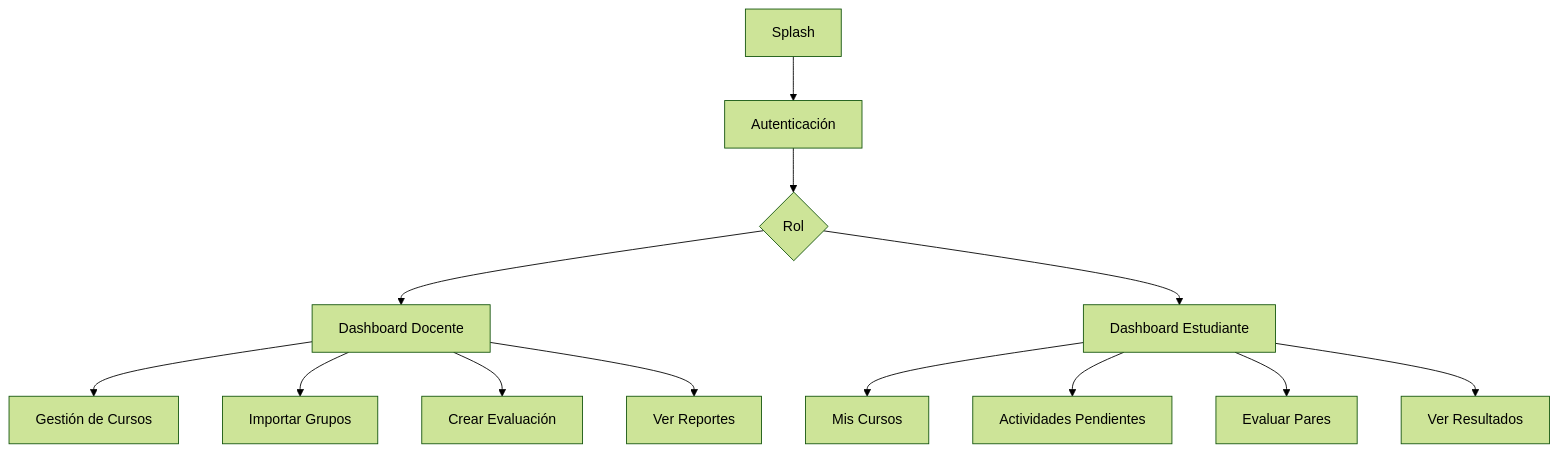
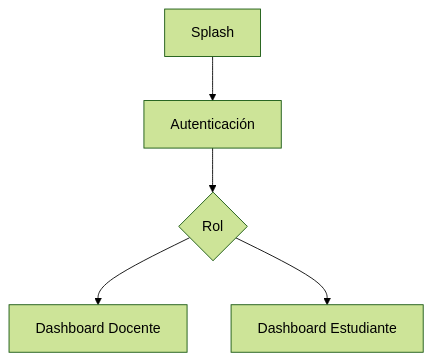
The third of 4 diagrams in samuel/README.md (MatizS27/mobile-app-project), drawn with Mermaid (forest theme) before and after one commit. The commit also changed other lines of this file, not shown here.

````diff
--- a/samuel/README.md
+++ b/samuel/README.md
@@ -173,18 +159,7 @@
 ```mermaid
 flowchart TD
 A[Splash] --> B[Autenticación]
-
 B --> C{Rol}
 C --> D[Dashboard Docente]
 C --> E[Dashboard Estudiante]
-
-D --> D1[Gestión de Cursos]
-D --> D2[Importar Grupos]
-D --> D3[Crear Evaluación]
-D --> D4[Ver Reportes]
-
-E --> E1[Mis Cursos]
-E --> E2[Actividades Pendientes]
-E --> E3[Evaluar Pares]
-E --> E4[Ver Resultados]
 ```
````
